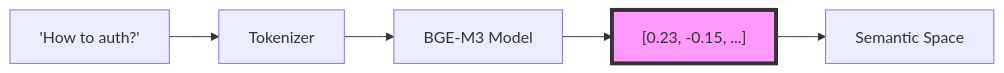
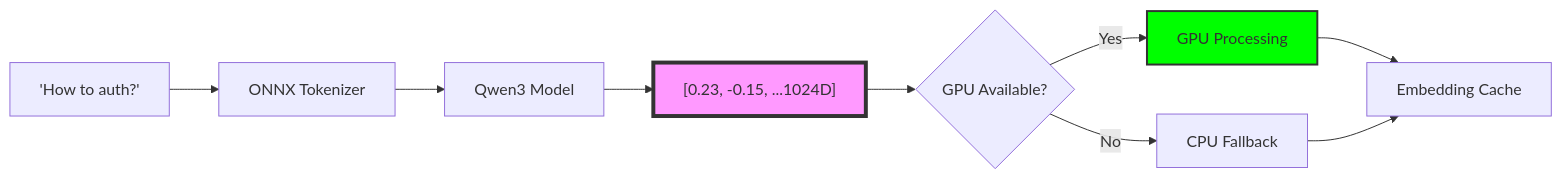
One commit to iMAGRAY/MAGRAY_Cli changed the third of 8 diagrams in docs/obsidian-v2/01_Architecture/Core Concepts - Ключевые концепции проекта.md. Above: the diagram before and after it, drawn with Mermaid. The commit also changed other lines of this file and 50 other files, not shown here.

````diff
--- a/docs/obsidian-v2/01_Architecture/Core Concepts - Ключевые концепции проекта.md
+++ b/docs/obsidian-v2/01_Architecture/Core Concepts - Ключевые концепции проекта.md
@@ -86,9 +88,14 @@
 ```mermaid
 graph LR
-    T["'How to auth?'"] --> Tok[Tokenizer]
-    Tok --> E[BGE-M3 Model]
-    E --> V["[0.23, -0.15, ...]"]
-    V --> S[Semantic Space]
+    T["'How to auth?'"] --> Tok[ONNX Tokenizer]
+    Tok --> E[Qwen3 Model]
+    E --> V["[0.23, -0.15, ...1024D]"]
+    V --> GPU{GPU Available?}
+    GPU -->|Yes| CUDA[GPU Processing]
+    GPU -->|No| CPU[CPU Fallback]
+    CUDA --> Cache[Embedding Cache]
+    CPU --> Cache
     
     style V fill:#f9f,stroke:#333,stroke-width:4px
+    style CUDA fill:#0f0,stroke:#333,stroke-width:2px
 ```
````
